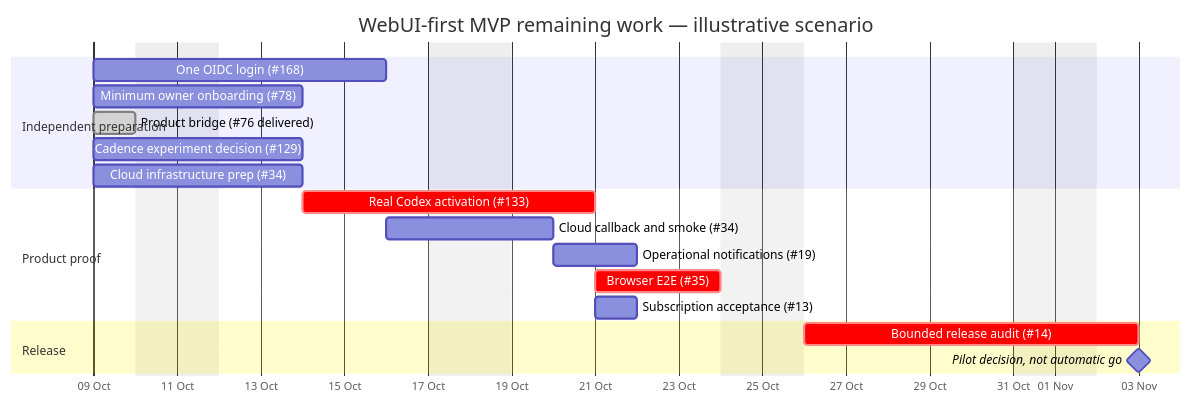
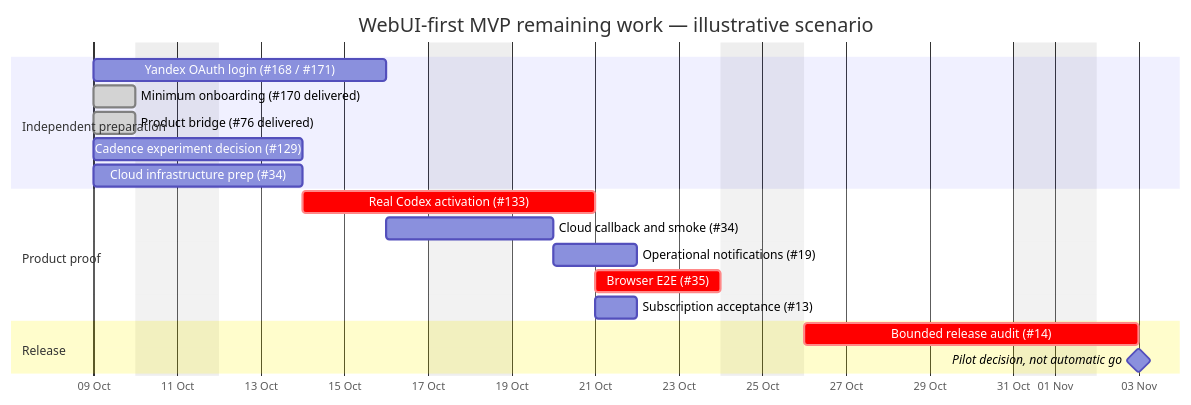
The second of 2 diagrams in docs/mvp-delivery-plan.md (urandon/sessionless), drawn with Mermaid before and after one commit. The commit also changed other lines of this file and 36 other files, not shown here.

Commit message:
feat(web): add Yandex OAuth login and explicit pilot provisioning

````diff
--- a/docs/mvp-delivery-plan.md
+++ b/docs/mvp-delivery-plan.md
@@ -126,22 +132,22 @@
 ```mermaid
 gantt
     title WebUI-first MVP remaining work — illustrative scenario
     dateFormat YYYY-MM-DD
     axisFormat %d %b
     excludes weekends
     section Independent preparation
-    One OIDC login (#168)               :auth, 2026-10-09, 5d
-    Minimum owner onboarding (#78)      :enroll, 2026-10-09, 3d
+    Yandex OAuth login (#168 / #171)     :auth, 2026-10-09, 5d
+    Minimum onboarding (#170 delivered) :done, enroll, 2026-10-09, 1d
     Product bridge (#76 delivered)      :done, bridge, 2026-10-09, 1d
     Cadence experiment decision (#129)  :cost, 2026-10-09, 3d
     Cloud infrastructure prep (#34)     :prep, 2026-10-09, 3d
     section Product proof
     Real Codex activation (#133)        :crit, real, after bridge enroll cost, 5d
     Cloud callback and smoke (#34)      :cloud, after auth prep, 2d
     Operational notifications (#19)     :alerts, after cloud, 2d
     Browser E2E (#35)                   :crit, e2e, after real cloud auth, 3d
     Subscription acceptance (#13)       :sub, after real, 1d
     section Release
     Bounded release audit (#14)         :crit, audit, after e2e alerts sub, 6d
     Pilot decision, not automatic go    :milestone, after audit, 0d
 ```
````
